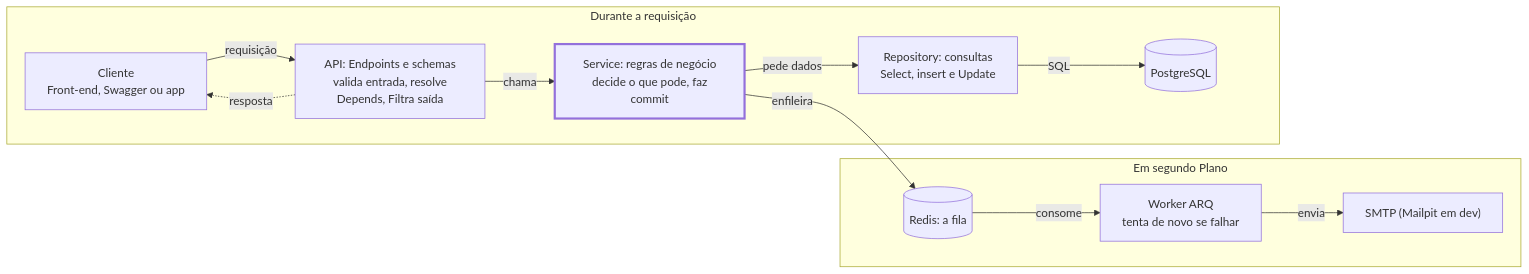
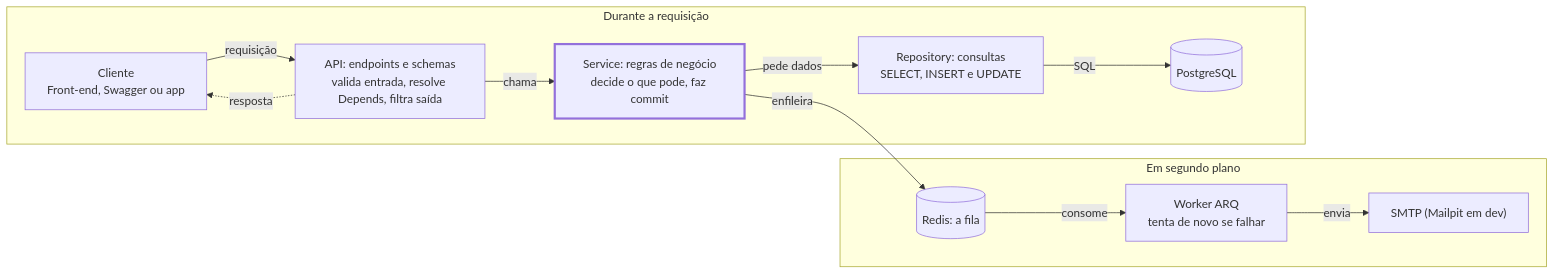
Before and after one commit to tecnicoroot/fastapi_aisiki: the first of 2 diagrams in README.md, drawn with Mermaid. The commit also changed other lines of this file and 9 other files, not shown here.

````diff
--- a/README.md
+++ b/README.md
@@ -150,30 +180,26 @@
 ```mermaid
 flowchart LR
-subgraph async["Em segundo Plano"]
+    subgraph async["Em segundo plano"]
         Q[("Redis: a fila")]
-        W["Worker ARQ<br/> tenta de novo se falhar"]
+        W["Worker ARQ<br/>tenta de novo se falhar"]
         M["SMTP (Mailpit em dev)"]
     end
     subgraph sync["Durante a requisição"]
-        C["Cliente<br/> Front-end, Swagger ou app"]
-        A["API: Endpoints e schemas<br/> valida entrada, resolve Depends, Filtra saída"]
-        S["Service: regras de negócio<br/> decide o que pode, faz commit"]
-        R["Repository: consultas<br> Select, insert e Update"]
+        C["Cliente<br/>Front-end, Swagger ou app"]
+        A["API: endpoints e schemas<br/>valida entrada, resolve Depends, filtra saída"]
+        S["Service: regras de negócio<br/>decide o que pode, faz commit"]
+        R["Repository: consultas<br/>SELECT, INSERT e UPDATE"]
         P[("PostgreSQL")]
     end
-
-    
 
     C -- requisição --> A
     A -. resposta .-> C
     A -- chama --> S
     S -- pede dados --> R
     R -- SQL --> P
     S -- enfileira --> Q
     Q -- consome --> W
     W -- envia --> M
 
     style S stroke-width:3px
-
-
 ```
````
